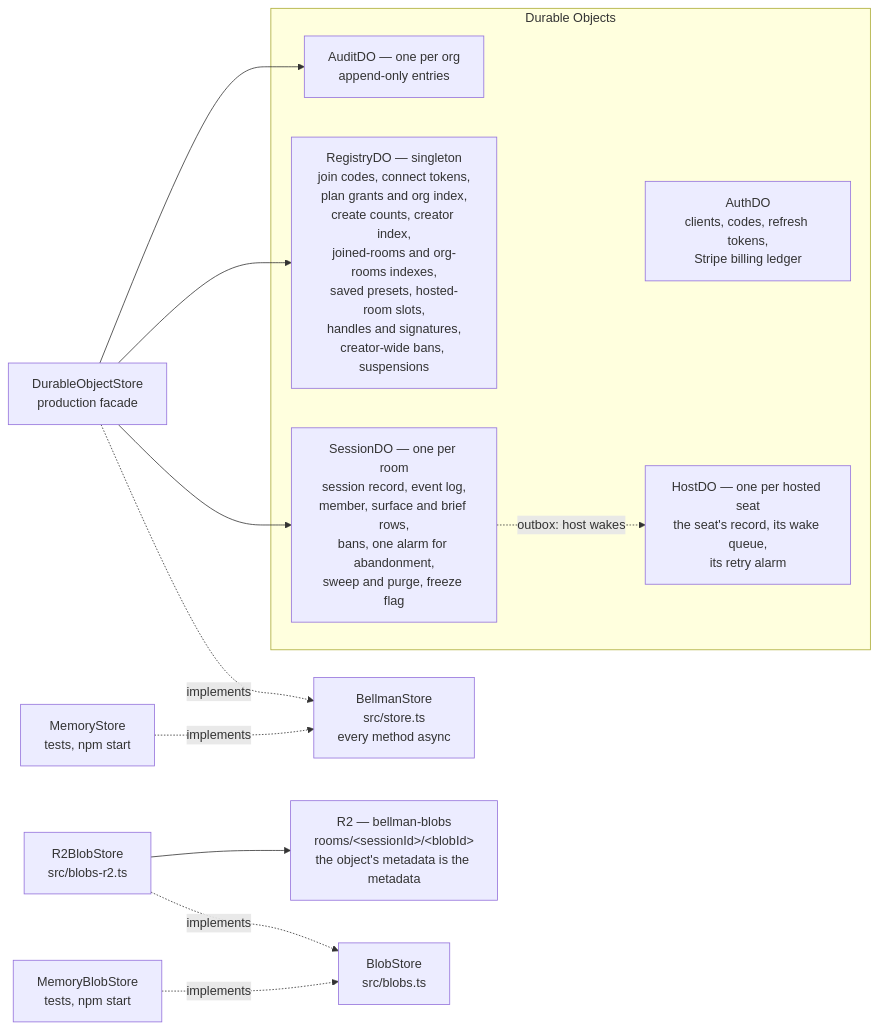
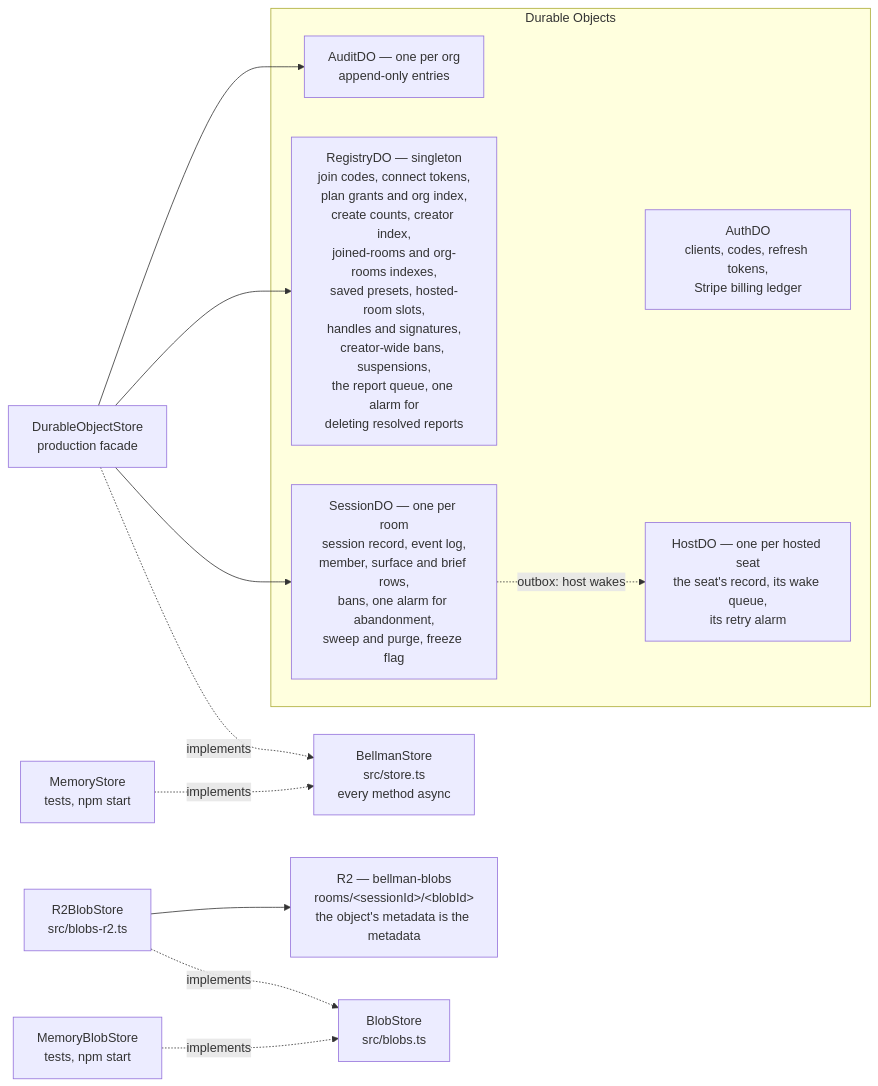
One commit to bellman-sh/bellman changed the fourth of 7 diagrams in docs/ARCHITECTURE.md. Above: the diagram before and after it, drawn with Mermaid. The commit also changed other lines of this file and 9 other files, not shown here.

Commit message:
The registry keeps a report queue: folded repeats, ten a day, and deletion 180 days after a report is resolved

````diff
--- a/docs/ARCHITECTURE.md
+++ b/docs/ARCHITECTURE.md
@@ -451,26 +451,26 @@
 ```mermaid
 flowchart LR
     BS["BellmanStore<br/>src/store.ts<br/>every method async"]
     MEM["MemoryStore<br/>tests, npm start"] -.implements.-> BS
     DOS["DurableObjectStore<br/>production facade"] -.implements.-> BS
 
     DOS --> SDO
     DOS --> RDO
     DOS --> ADO
 
     subgraph objects["Durable Objects"]
         SDO["SessionDO — one per room<br/>session record, event log,<br/>member, surface and brief rows,<br/>bans, one alarm for abandonment,<br/>sweep and purge, freeze flag"]
-        RDO["RegistryDO — singleton<br/>join codes, connect tokens,<br/>plan grants and org index,<br/>create counts, creator index,<br/>joined-rooms and org-rooms indexes,<br/>saved presets, hosted-room slots,<br/>handles and signatures,<br/>creator-wide bans, suspensions"]
+        RDO["RegistryDO — singleton<br/>join codes, connect tokens,<br/>plan grants and org index,<br/>create counts, creator index,<br/>joined-rooms and org-rooms indexes,<br/>saved presets, hosted-room slots,<br/>handles and signatures,<br/>creator-wide bans, suspensions,<br/>the report queue, one alarm for<br/>deleting resolved reports"]
         ADO["AuditDO — one per org<br/>append-only entries"]
         AUTH["AuthDO<br/>clients, codes, refresh tokens,<br/>Stripe billing ledger"]
         HDO["HostDO — one per hosted seat<br/>the seat's record, its wake queue,<br/>its retry alarm"]
     end
 
     SDO -.->|"outbox: host wakes"| HDO
 
     BLOB["BlobStore<br/>src/blobs.ts"]
     R2["R2 — bellman-blobs<br/>rooms/&lt;sessionId&gt;/&lt;blobId&gt;<br/>the object's metadata is the metadata"]
     MEMB["MemoryBlobStore<br/>tests, npm start"] -.implements.-> BLOB
     R2S["R2BlobStore<br/>src/blobs-r2.ts"] -.implements.-> BLOB
     R2S --> R2
 ```
````
